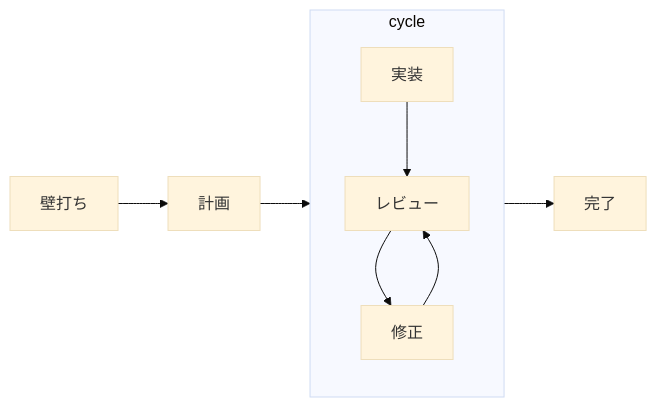
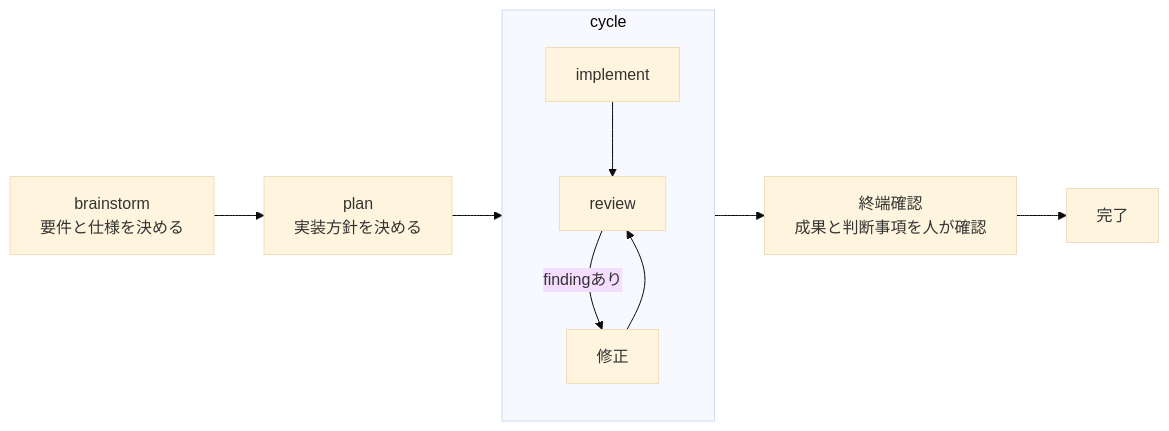
One commit to ba0918/agentic-workflow changed the diagram in ROADMAP.md. Above: the diagram before and after it, drawn with Mermaid (base theme). The commit also changed other lines of this file, not shown here.

````diff
--- a/ROADMAP.md
+++ b/ROADMAP.md
@@ -19,11 +11,12 @@
 ```mermaid
 flowchart LR
-    A[壁打ち] --> B[計画]
+    A[brainstorm<br>要件と仕様を決める] --> B[plan<br>実装方針を決める]
     B --> C[cycle]
     subgraph C[cycle]
-        D[実装] --> E[レビュー]
-        E --> F[修正]
+        D[implement] --> E[review]
+        E -->|findingあり| F[修正]
         F --> E
     end
-    C --> G[完了]
+    C --> G[終端確認<br>成果と判断事項を人が確認]
+    G --> H[完了]
 ```
````
